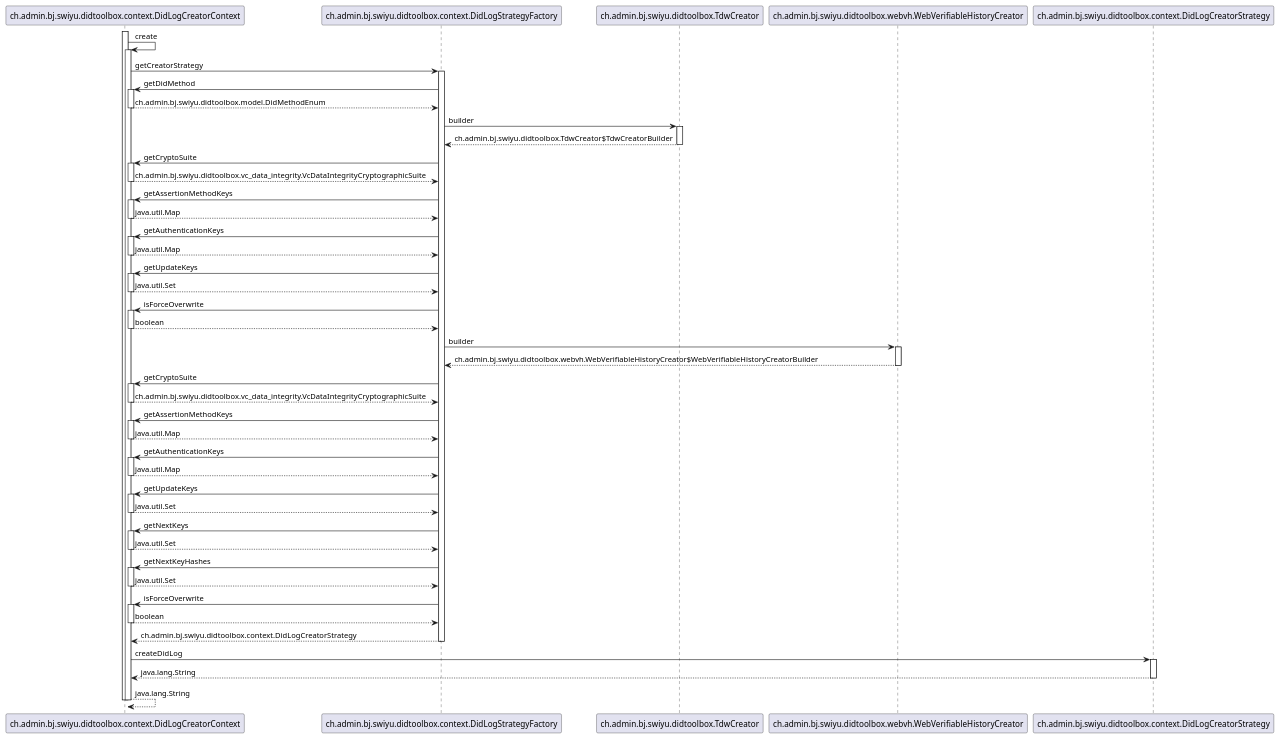
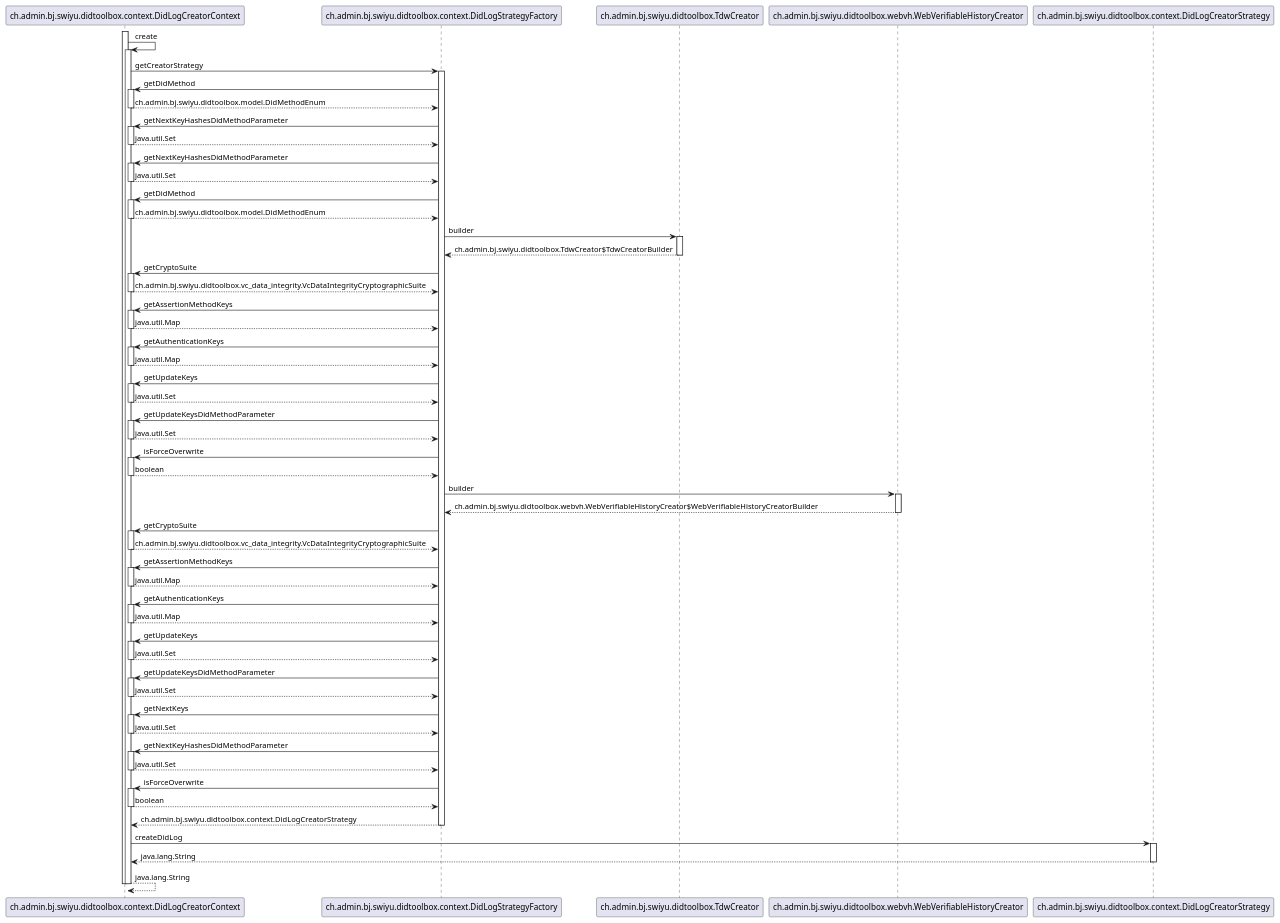
The diagram in src/main/plantuml/DidLogCreatorContext-create.puml (swiyu-admin-ch/didtoolbox-java), drawn with PlantUML before and after one commit. The commit also changed 47 other files, not shown here.

Commit message:
EIDOMNI-450: DID method parameters "updateKeys"/"nextKeyHashes" modeled accordingly. Deprecations introduced

```diff
--- a/src/main/plantuml/DidLogCreatorContext-create.puml
+++ b/src/main/plantuml/DidLogCreatorContext-create.puml
@@ -2,84 +2,104 @@
 @startuml
 
 participant ch.admin.bj.swiyu.didtoolbox.context.DidLogCreatorContext
 participant ch.admin.bj.swiyu.didtoolbox.context.DidLogStrategyFactory
 participant ch.admin.bj.swiyu.didtoolbox.TdwCreator
 participant ch.admin.bj.swiyu.didtoolbox.webvh.WebVerifiableHistoryCreator
 participant ch.admin.bj.swiyu.didtoolbox.context.DidLogCreatorStrategy
 
 activate ch.admin.bj.swiyu.didtoolbox.context.DidLogCreatorContext
 	ch.admin.bj.swiyu.didtoolbox.context.DidLogCreatorContext -> ch.admin.bj.swiyu.didtoolbox.context.DidLogCreatorContext : create
 	activate ch.admin.bj.swiyu.didtoolbox.context.DidLogCreatorContext
 		ch.admin.bj.swiyu.didtoolbox.context.DidLogCreatorContext -> ch.admin.bj.swiyu.didtoolbox.context.DidLogStrategyFactory : getCreatorStrategy
 		activate ch.admin.bj.swiyu.didtoolbox.context.DidLogStrategyFactory
+			ch.admin.bj.swiyu.didtoolbox.context.DidLogStrategyFactory -> ch.admin.bj.swiyu.didtoolbox.context.DidLogCreatorContext : getDidMethod
+			activate ch.admin.bj.swiyu.didtoolbox.context.DidLogCreatorContext
+				ch.admin.bj.swiyu.didtoolbox.context.DidLogCreatorContext --> ch.admin.bj.swiyu.didtoolbox.context.DidLogStrategyFactory : ch.admin.bj.swiyu.didtoolbox.model.DidMethodEnum
+			deactivate ch.admin.bj.swiyu.didtoolbox.context.DidLogCreatorContext
+			ch.admin.bj.swiyu.didtoolbox.context.DidLogStrategyFactory -> ch.admin.bj.swiyu.didtoolbox.context.DidLogCreatorContext : getNextKeyHashesDidMethodParameter
+			activate ch.admin.bj.swiyu.didtoolbox.context.DidLogCreatorContext
+				ch.admin.bj.swiyu.didtoolbox.context.DidLogCreatorContext --> ch.admin.bj.swiyu.didtoolbox.context.DidLogStrategyFactory : java.util.Set
+			deactivate ch.admin.bj.swiyu.didtoolbox.context.DidLogCreatorContext
+			ch.admin.bj.swiyu.didtoolbox.context.DidLogStrategyFactory -> ch.admin.bj.swiyu.didtoolbox.context.DidLogCreatorContext : getNextKeyHashesDidMethodParameter
+			activate ch.admin.bj.swiyu.didtoolbox.context.DidLogCreatorContext
+				ch.admin.bj.swiyu.didtoolbox.context.DidLogCreatorContext --> ch.admin.bj.swiyu.didtoolbox.context.DidLogStrategyFactory : java.util.Set
+			deactivate ch.admin.bj.swiyu.didtoolbox.context.DidLogCreatorContext
 			ch.admin.bj.swiyu.didtoolbox.context.DidLogStrategyFactory -> ch.admin.bj.swiyu.didtoolbox.context.DidLogCreatorContext : getDidMethod
 			activate ch.admin.bj.swiyu.didtoolbox.context.DidLogCreatorContext
 				ch.admin.bj.swiyu.didtoolbox.context.DidLogCreatorContext --> ch.admin.bj.swiyu.didtoolbox.context.DidLogStrategyFactory : ch.admin.bj.swiyu.didtoolbox.model.DidMethodEnum
 			deactivate ch.admin.bj.swiyu.didtoolbox.context.DidLogCreatorContext
 			ch.admin.bj.swiyu.didtoolbox.context.DidLogStrategyFactory -> ch.admin.bj.swiyu.didtoolbox.TdwCreator : builder
 			activate ch.admin.bj.swiyu.didtoolbox.TdwCreator
 				ch.admin.bj.swiyu.didtoolbox.TdwCreator --> ch.admin.bj.swiyu.didtoolbox.context.DidLogStrategyFactory : ch.admin.bj.swiyu.didtoolbox.TdwCreator$TdwCreatorBuilder
 			deactivate ch.admin.bj.swiyu.didtoolbox.TdwCreator
 			ch.admin.bj.swiyu.didtoolbox.context.DidLogStrategyFactory -> ch.admin.bj.swiyu.didtoolbox.context.DidLogCreatorContext : getCryptoSuite
 			activate ch.admin.bj.swiyu.didtoolbox.context.DidLogCreatorContext
 				ch.admin.bj.swiyu.didtoolbox.context.DidLogCreatorContext --> ch.admin.bj.swiyu.didtoolbox.context.DidLogStrategyFactory : ch.admin.bj.swiyu.didtoolbox.vc_data_integrity.VcDataIntegrityCryptographicSuite
 			deactivate ch.admin.bj.swiyu.didtoolbox.context.DidLogCreatorContext
 			ch.admin.bj.swiyu.didtoolbox.context.DidLogStrategyFactory -> ch.admin.bj.swiyu.didtoolbox.context.DidLogCreatorContext : getAssertionMethodKeys
 			activate ch.admin.bj.swiyu.didtoolbox.context.DidLogCreatorContext
 				ch.admin.bj.swiyu.didtoolbox.context.DidLogCreatorContext --> ch.admin.bj.swiyu.didtoolbox.context.DidLogStrategyFactory : java.util.Map
 			deactivate ch.admin.bj.swiyu.didtoolbox.context.DidLogCreatorContext
 			ch.admin.bj.swiyu.didtoolbox.context.DidLogStrategyFactory -> ch.admin.bj.swiyu.didtoolbox.context.DidLogCreatorContext : getAuthenticationKeys
 			activate ch.admin.bj.swiyu.didtoolbox.context.DidLogCreatorContext
 				ch.admin.bj.swiyu.didtoolbox.context.DidLogCreatorContext --> ch.admin.bj.swiyu.didtoolbox.context.DidLogStrategyFactory : java.util.Map
 			deactivate ch.admin.bj.swiyu.didtoolbox.context.DidLogCreatorContext
 			ch.admin.bj.swiyu.didtoolbox.context.DidLogStrategyFactory -> ch.admin.bj.swiyu.didtoolbox.context.DidLogCreatorContext : getUpdateKeys
+			activate ch.admin.bj.swiyu.didtoolbox.context.DidLogCreatorContext
+				ch.admin.bj.swiyu.didtoolbox.context.DidLogCreatorContext --> ch.admin.bj.swiyu.didtoolbox.context.DidLogStrategyFactory : java.util.Set
+			deactivate ch.admin.bj.swiyu.didtoolbox.context.DidLogCreatorContext
+			ch.admin.bj.swiyu.didtoolbox.context.DidLogStrategyFactory -> ch.admin.bj.swiyu.didtoolbox.context.DidLogCreatorContext : getUpdateKeysDidMethodParameter
 			activate ch.admin.bj.swiyu.didtoolbox.context.DidLogCreatorContext
 				ch.admin.bj.swiyu.didtoolbox.context.DidLogCreatorContext --> ch.admin.bj.swiyu.didtoolbox.context.DidLogStrategyFactory : java.util.Set
 			deactivate ch.admin.bj.swiyu.didtoolbox.context.DidLogCreatorContext
 			ch.admin.bj.swiyu.didtoolbox.context.DidLogStrategyFactory -> ch.admin.bj.swiyu.didtoolbox.context.DidLogCreatorContext : isForceOverwrite
 			activate ch.admin.bj.swiyu.didtoolbox.context.DidLogCreatorContext
 				ch.admin.bj.swiyu.didtoolbox.context.DidLogCreatorContext --> ch.admin.bj.swiyu.didtoolbox.context.DidLogStrategyFactory : boolean
 			deactivate ch.admin.bj.swiyu.didtoolbox.context.DidLogCreatorContext
 			ch.admin.bj.swiyu.didtoolbox.context.DidLogStrategyFactory -> ch.admin.bj.swiyu.didtoolbox.webvh.WebVerifiableHistoryCreator : builder
 			activate ch.admin.bj.swiyu.didtoolbox.webvh.WebVerifiableHistoryCreator
 				ch.admin.bj.swiyu.didtoolbox.webvh.WebVerifiableHistoryCreator --> ch.admin.bj.swiyu.didtoolbox.context.DidLogStrategyFactory : ch.admin.bj.swiyu.didtoolbox.webvh.WebVerifiableHistoryCreator$WebVerifiableHistoryCreatorBuilder
 			deactivate ch.admin.bj.swiyu.didtoolbox.webvh.WebVerifiableHistoryCreator
 			ch.admin.bj.swiyu.didtoolbox.context.DidLogStrategyFactory -> ch.admin.bj.swiyu.didtoolbox.context.DidLogCreatorContext : getCryptoSuite
 			activate ch.admin.bj.swiyu.didtoolbox.context.DidLogCreatorContext
 				ch.admin.bj.swiyu.didtoolbox.context.DidLogCreatorContext --> ch.admin.bj.swiyu.didtoolbox.context.DidLogStrategyFactory : ch.admin.bj.swiyu.didtoolbox.vc_data_integrity.VcDataIntegrityCryptographicSuite
 			deactivate ch.admin.bj.swiyu.didtoolbox.context.DidLogCreatorContext
 			ch.admin.bj.swiyu.didtoolbox.context.DidLogStrategyFactory -> ch.admin.bj.swiyu.didtoolbox.context.DidLogCreatorContext : getAssertionMethodKeys
 			activate ch.admin.bj.swiyu.didtoolbox.context.DidLogCreatorContext
 				ch.admin.bj.swiyu.didtoolbox.context.DidLogCreatorContext --> ch.admin.bj.swiyu.didtoolbox.context.DidLogStrategyFactory : java.util.Map
 			deactivate ch.admin.bj.swiyu.didtoolbox.context.DidLogCreatorContext
 			ch.admin.bj.swiyu.didtoolbox.context.DidLogStrategyFactory -> ch.admin.bj.swiyu.didtoolbox.context.DidLogCreatorContext : getAuthenticationKeys
 			activate ch.admin.bj.swiyu.didtoolbox.context.DidLogCreatorContext
 				ch.admin.bj.swiyu.didtoolbox.context.DidLogCreatorContext --> ch.admin.bj.swiyu.didtoolbox.context.DidLogStrategyFactory : java.util.Map
 			deactivate ch.admin.bj.swiyu.didtoolbox.context.DidLogCreatorContext
 			ch.admin.bj.swiyu.didtoolbox.context.DidLogStrategyFactory -> ch.admin.bj.swiyu.didtoolbox.context.DidLogCreatorContext : getUpdateKeys
 			activate ch.admin.bj.swiyu.didtoolbox.context.DidLogCreatorContext
 				ch.admin.bj.swiyu.didtoolbox.context.DidLogCreatorContext --> ch.admin.bj.swiyu.didtoolbox.context.DidLogStrategyFactory : java.util.Set
 			deactivate ch.admin.bj.swiyu.didtoolbox.context.DidLogCreatorContext
+			ch.admin.bj.swiyu.didtoolbox.context.DidLogStrategyFactory -> ch.admin.bj.swiyu.didtoolbox.context.DidLogCreatorContext : getUpdateKeysDidMethodParameter
+			activate ch.admin.bj.swiyu.didtoolbox.context.DidLogCreatorContext
+				ch.admin.bj.swiyu.didtoolbox.context.DidLogCreatorContext --> ch.admin.bj.swiyu.didtoolbox.context.DidLogStrategyFactory : java.util.Set
+			deactivate ch.admin.bj.swiyu.didtoolbox.context.DidLogCreatorContext
 			ch.admin.bj.swiyu.didtoolbox.context.DidLogStrategyFactory -> ch.admin.bj.swiyu.didtoolbox.context.DidLogCreatorContext : getNextKeys
 			activate ch.admin.bj.swiyu.didtoolbox.context.DidLogCreatorContext
 				ch.admin.bj.swiyu.didtoolbox.context.DidLogCreatorContext --> ch.admin.bj.swiyu.didtoolbox.context.DidLogStrategyFactory : java.util.Set
 			deactivate ch.admin.bj.swiyu.didtoolbox.context.DidLogCreatorContext
-			ch.admin.bj.swiyu.didtoolbox.context.DidLogStrategyFactory -> ch.admin.bj.swiyu.didtoolbox.context.DidLogCreatorContext : getNextKeyHashes
+			ch.admin.bj.swiyu.didtoolbox.context.DidLogStrategyFactory -> ch.admin.bj.swiyu.didtoolbox.context.DidLogCreatorContext : getNextKeyHashesDidMethodParameter
 			activate ch.admin.bj.swiyu.didtoolbox.context.DidLogCreatorContext
 				ch.admin.bj.swiyu.didtoolbox.context.DidLogCreatorContext --> ch.admin.bj.swiyu.didtoolbox.context.DidLogStrategyFactory : java.util.Set
 			deactivate ch.admin.bj.swiyu.didtoolbox.context.DidLogCreatorContext
 			ch.admin.bj.swiyu.didtoolbox.context.DidLogStrategyFactory -> ch.admin.bj.swiyu.didtoolbox.context.DidLogCreatorContext : isForceOverwrite
 			activate ch.admin.bj.swiyu.didtoolbox.context.DidLogCreatorContext
 				ch.admin.bj.swiyu.didtoolbox.context.DidLogCreatorContext --> ch.admin.bj.swiyu.didtoolbox.context.DidLogStrategyFactory : boolean
 			deactivate ch.admin.bj.swiyu.didtoolbox.context.DidLogCreatorContext
 			ch.admin.bj.swiyu.didtoolbox.context.DidLogStrategyFactory --> ch.admin.bj.swiyu.didtoolbox.context.DidLogCreatorContext : ch.admin.bj.swiyu.didtoolbox.context.DidLogCreatorStrategy
 		deactivate ch.admin.bj.swiyu.didtoolbox.context.DidLogStrategyFactory
 		ch.admin.bj.swiyu.didtoolbox.context.DidLogCreatorContext -> ch.admin.bj.swiyu.didtoolbox.context.DidLogCreatorStrategy : createDidLog
 		activate ch.admin.bj.swiyu.didtoolbox.context.DidLogCreatorStrategy
 			ch.admin.bj.swiyu.didtoolbox.context.DidLogCreatorStrategy --> ch.admin.bj.swiyu.didtoolbox.context.DidLogCreatorContext : java.lang.String
 		deactivate ch.admin.bj.swiyu.didtoolbox.context.DidLogCreatorStrategy
 		ch.admin.bj.swiyu.didtoolbox.context.DidLogCreatorContext --> ch.admin.bj.swiyu.didtoolbox.context.DidLogCreatorContext : java.lang.String
 	deactivate ch.admin.bj.swiyu.didtoolbox.context.DidLogCreatorContext
 deactivate ch.admin.bj.swiyu.didtoolbox.context.DidLogCreatorContext
 
 @enduml
```
